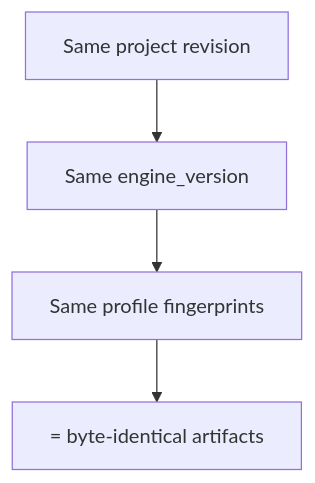
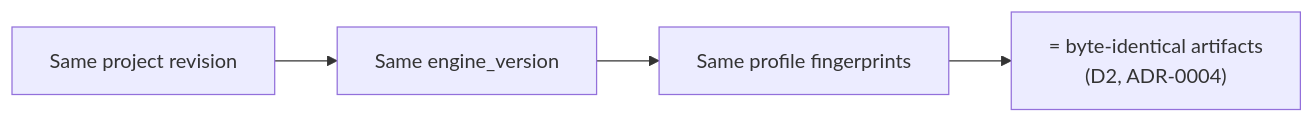
The sixth of 6 diagrams in docs/06_MANUFACTURING/EXPORT_ENGINE.md (ilin69mark-hub/MASK-PLATFORM), drawn with Mermaid before and after one commit. The commit also changed other lines of this file and 5 other files, not shown here.

````diff
--- a/docs/06_MANUFACTURING/EXPORT_ENGINE.md
+++ b/docs/06_MANUFACTURING/EXPORT_ENGINE.md
@@ -268,6 +269,6 @@
 ```mermaid
-flowchart TB
+flowchart LR
   A["Same project revision"] --> B["Same engine_version"]
   B --> C["Same profile fingerprints"]
-  C --> D["= byte-identical artifacts"]
+  C --> D["= byte-identical artifacts<br/>(D2, ADR-0004)"]
 ```
````
